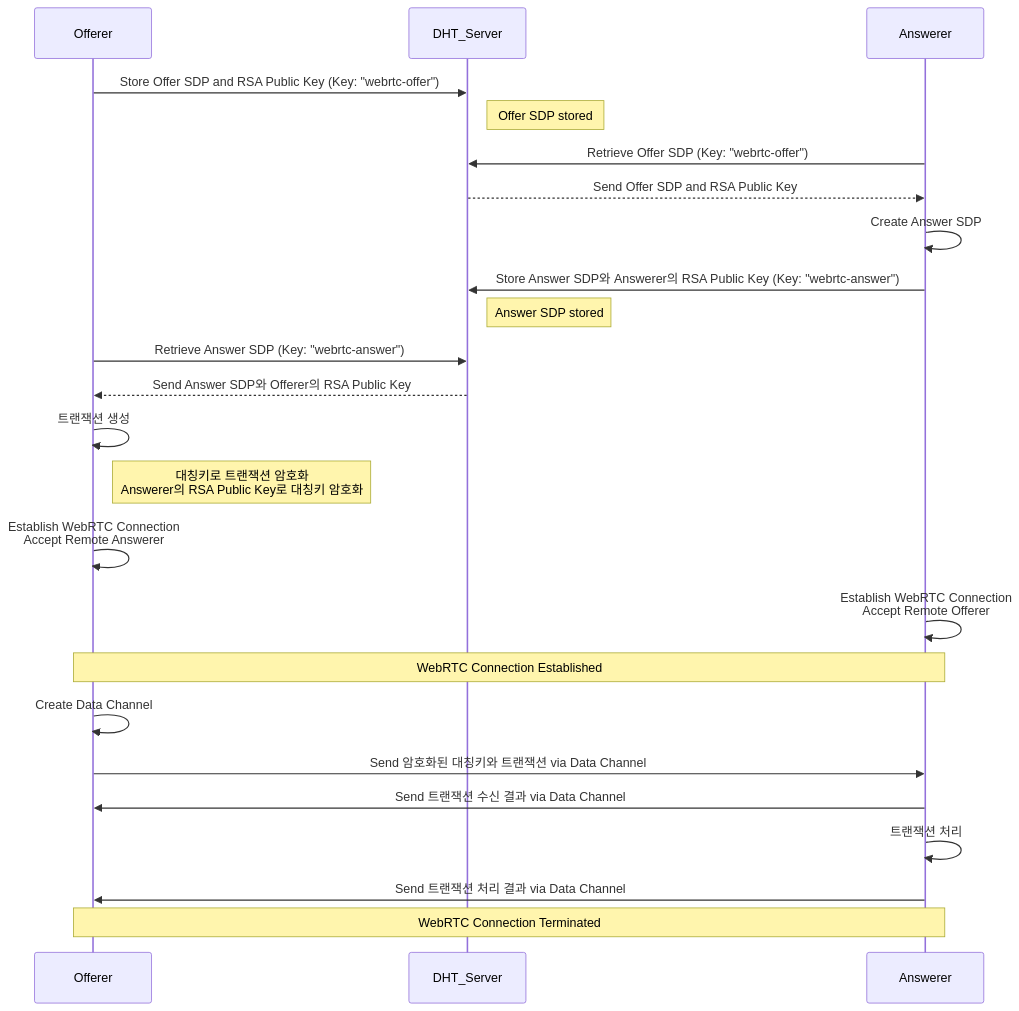
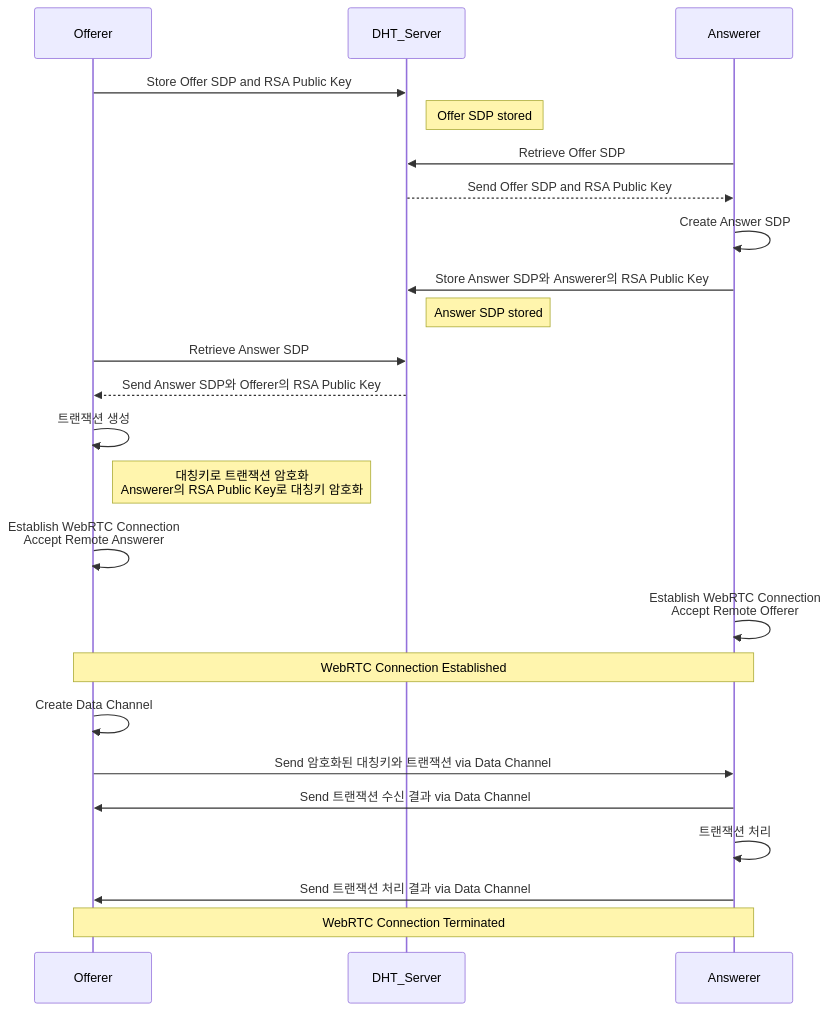
One commit to tanminkwan/blockchain changed the second of 2 diagrams in README.md. Above: the diagram before and after it, drawn with Mermaid. The commit also changed other lines of this file, not shown here.

````diff
--- a/README.md
+++ b/README.md
@@ -28,34 +28,34 @@
 ```mermaid
 sequenceDiagram
     participant Offerer
     participant DHT_Server
     participant Answerer
 
-    Offerer->>DHT_Server: Store Offer SDP and RSA Public Key (Key: "webrtc-offer")
+    Offerer->>DHT_Server: Store Offer SDP and RSA Public Key
     Note right of DHT_Server: Offer SDP stored
 
-    Answerer->>DHT_Server: Retrieve Offer SDP (Key: "webrtc-offer")
+    Answerer->>DHT_Server: Retrieve Offer SDP
     DHT_Server-->>Answerer: Send Offer SDP and RSA Public Key
 
     Answerer->>Answerer: Create Answer SDP
-    Answerer->>DHT_Server: Store Answer SDP와 Answerer의 RSA Public Key (Key: "webrtc-answer")
+    Answerer->>DHT_Server: Store Answer SDP와 Answerer의 RSA Public Key
     Note right of DHT_Server: Answer SDP stored
 
-    Offerer->>DHT_Server: Retrieve Answer SDP (Key: "webrtc-answer")
+    Offerer->>DHT_Server: Retrieve Answer SDP
     DHT_Server-->>Offerer: Send Answer SDP와 Offerer의 RSA Public Key
 
     Offerer->>Offerer: 트랜잭션 생성
     Note right of Offerer: 대칭키로 트랜잭션 암호화<br/>Answerer의 RSA Public Key로 대칭키 암호화
     
     Offerer->>Offerer: Establish WebRTC Connection<br/>Accept Remote Answerer
     Answerer->>Answerer: Establish WebRTC Connection<br/>Accept Remote Offerer
 
     Note over Offerer,Answerer: WebRTC Connection Established
     Offerer->>Offerer: Create Data Channel
     Offerer->>Answerer: Send 암호화된 대칭키와 트랜잭션 via Data Channel
     Answerer->>Offerer: Send 트랜잭션 수신 결과 via Data Channel
     Answerer->>Answerer: 트랜잭션 처리
     Answerer->>Offerer: Send 트랜잭션 처리 결과 via Data Channel
 
     Note over Offerer,Answerer: WebRTC Connection Terminated
 ```
````
